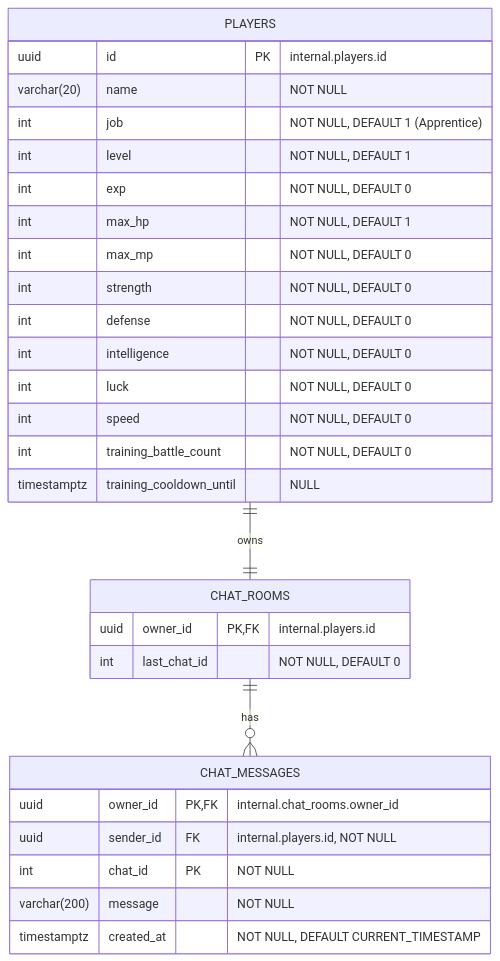
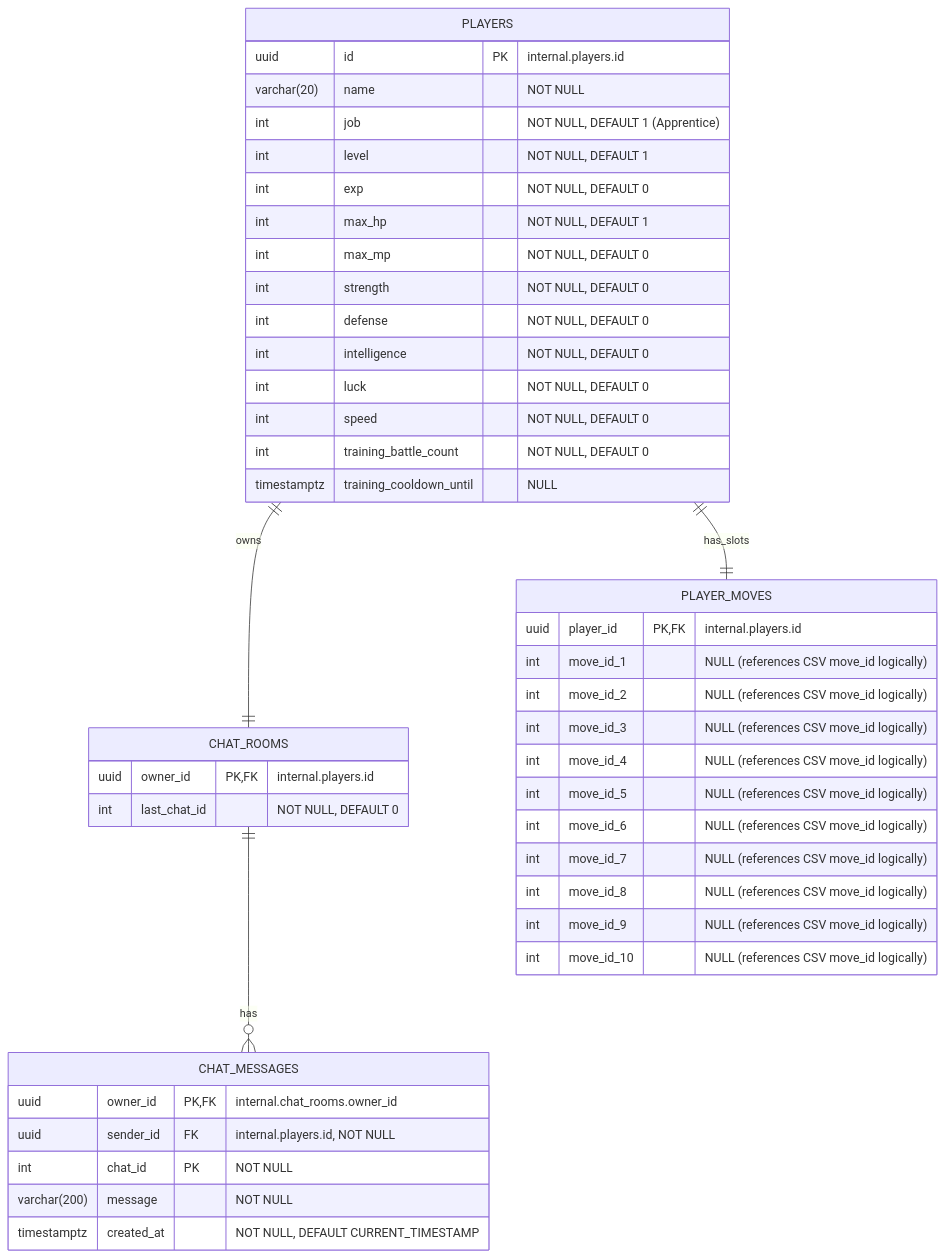
One commit to ayumu203/nisekue changed the diagram in docs/MMD02_ER図.mmd. Above: the diagram before and after it, drawn with Mermaid. The commit also changed 2 other files, not shown here.

```diff
--- a/docs/MMD02_ER図.mmd
+++ b/docs/MMD02_ER図.mmd
@@ -1,31 +1,45 @@
 erDiagram
     PLAYERS {
         uuid id PK "internal.players.id"
         varchar(20) name "NOT NULL"
         int job "NOT NULL, DEFAULT 1 (Apprentice)"
         int level "NOT NULL, DEFAULT 1"
         int exp "NOT NULL, DEFAULT 0"
         int max_hp "NOT NULL, DEFAULT 1"
         int max_mp "NOT NULL, DEFAULT 0"
         int strength "NOT NULL, DEFAULT 0"
         int defense "NOT NULL, DEFAULT 0"
         int intelligence "NOT NULL, DEFAULT 0"
         int luck "NOT NULL, DEFAULT 0"
         int speed "NOT NULL, DEFAULT 0"
         int training_battle_count "NOT NULL, DEFAULT 0"
         timestamptz training_cooldown_until "NULL"
     }
     CHAT_ROOMS {
         uuid owner_id PK, FK "internal.players.id"
         int last_chat_id "NOT NULL, DEFAULT 0"
     }
     CHAT_MESSAGES {
         uuid owner_id PK, FK "internal.chat_rooms.owner_id"
         uuid sender_id FK "internal.players.id, NOT NULL"
         int chat_id PK "NOT NULL"
         varchar(200) message "NOT NULL"
         timestamptz created_at "NOT NULL, DEFAULT CURRENT_TIMESTAMP"
     }
+    PLAYER_MOVES {
+        uuid player_id PK, FK "internal.players.id"
+        int move_id_1 "NULL (references CSV move_id logically)"
+        int move_id_2 "NULL (references CSV move_id logically)"
+        int move_id_3 "NULL (references CSV move_id logically)"
+        int move_id_4 "NULL (references CSV move_id logically)"
+        int move_id_5 "NULL (references CSV move_id logically)"
+        int move_id_6 "NULL (references CSV move_id logically)"
+        int move_id_7 "NULL (references CSV move_id logically)"
+        int move_id_8 "NULL (references CSV move_id logically)"
+        int move_id_9 "NULL (references CSV move_id logically)"
+        int move_id_10 "NULL (references CSV move_id logically)"
+    }
 
     PLAYERS ||--|| CHAT_ROOMS : owns
     CHAT_ROOMS ||--o{ CHAT_MESSAGES : has
+    PLAYERS ||--|| PLAYER_MOVES : has_slots
```
